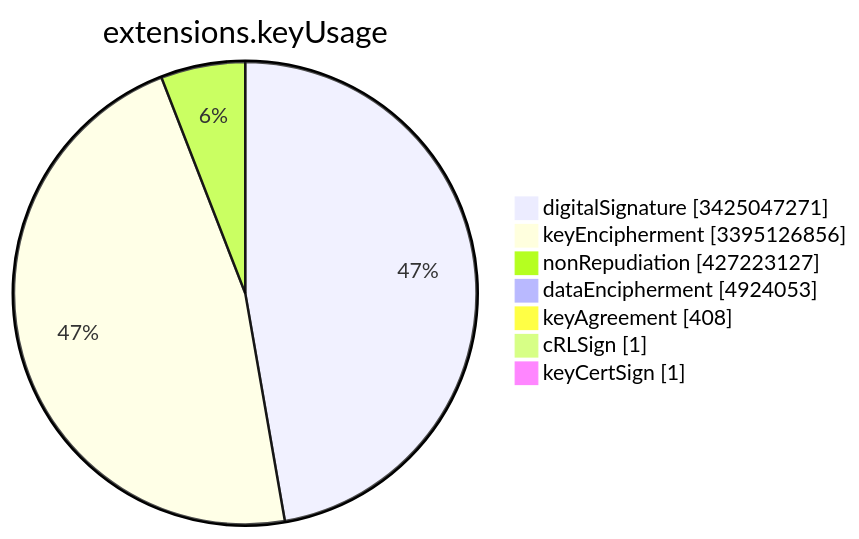
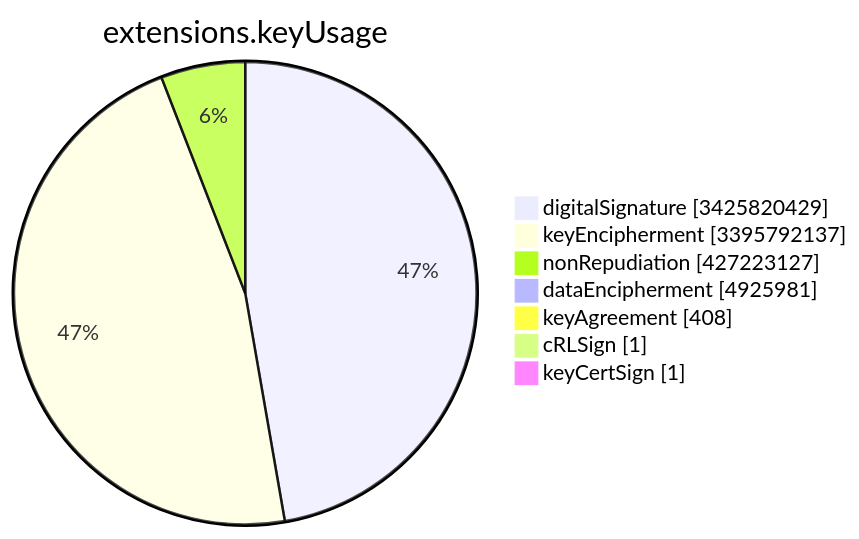
The sixth of 15 diagrams in TOTAL/README.md (christiankrug/ctmonitor_visualization), drawn with Mermaid before and after one commit. The commit also changed other lines of this file, not shown here.

````diff
--- a/TOTAL/README.md
+++ b/TOTAL/README.md
@@ -3081,11 +3081,11 @@
 ```mermaid
 pie showData
 title extensions.keyUsage
-"digitalSignature" :3425047271
-"keyEncipherment" :3395126856
+"digitalSignature" :3425820429
+"keyEncipherment" :3395792137
 "nonRepudiation" :427223127
-"dataEncipherment" :4924053
+"dataEncipherment" :4925981
 "keyAgreement" :408
 "cRLSign" :1
 "keyCertSign" :1
 ```
````
